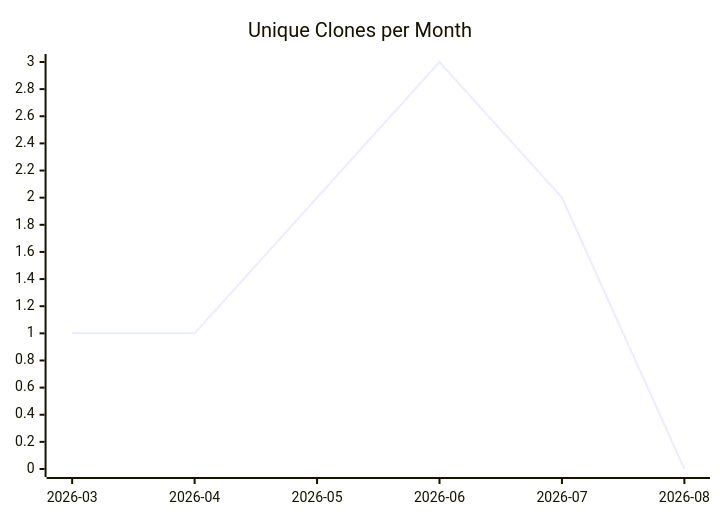
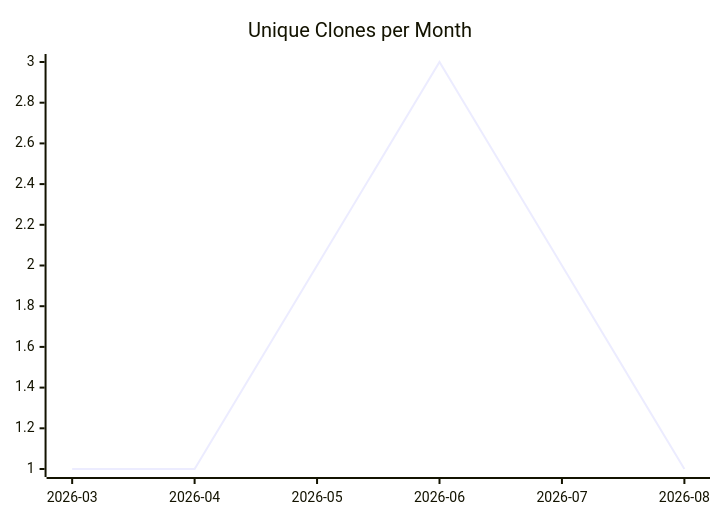
One commit to justdavis-family/github-analytics-data changed the third of 3 diagrams in karlmdavis/ansible-role-acmetool/README.md. Above: the diagram before and after it, drawn with Mermaid. The commit also changed other lines of this file and 190 other files, not shown here.

````diff
--- a/karlmdavis/ansible-role-acmetool/README.md
+++ b/karlmdavis/ansible-role-acmetool/README.md
@@ -19,6 +19,6 @@
 ```mermaid
 xychart-beta
   title "Unique Clones per Month"
   x-axis ["2026-03", "2026-04", "2026-05", "2026-06", "2026-07", "2026-08"]
-  line [1, 1, 2, 3, 2, 0]
+  line [1, 1, 2, 3, 2, 1]
 ```
````
